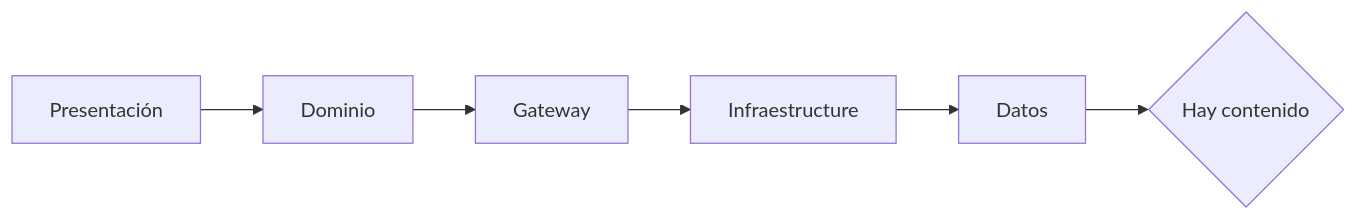
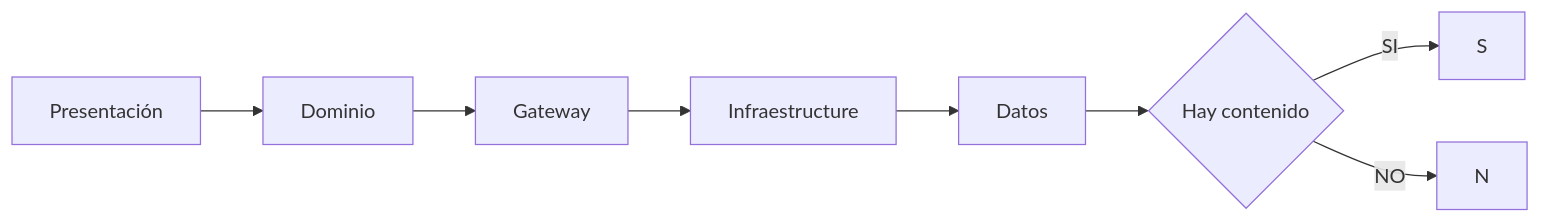
Before and after one commit to stivengm/README: the diagram in README.md, drawn with Mermaid.

````diff
--- a/README.md
+++ b/README.md
@@ -3,19 +3,21 @@
 ```mermaid
 
 graph LR;
 
 D[Dominio]
 A[Datos]
 I[Infraestructure]
 G[Gateway]
 P[Presentación]
 H{Hay contenido}
 
 P --> D
 D --> G
 G --> I
 I --> A
 A --> H
 
+H --> |SI| S
+H --> |NO| N
 
 ```
````
